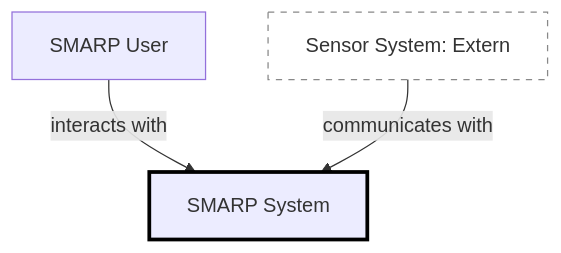
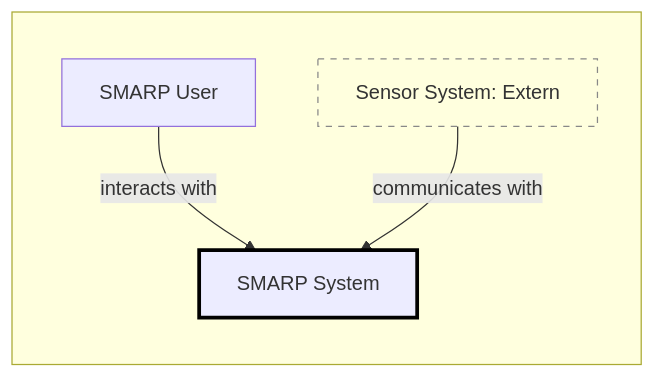
The diagram in docs/charts/C4_Level_1_Context.md (teko-smart-parking/smart-parking), drawn with Mermaid before and after one commit.

Commit message:
Update C4_Level_1_Context.md
V3

````diff
--- a/docs/charts/C4_Level_1_Context.md
+++ b/docs/charts/C4_Level_1_Context.md
@@ -8,9 +8,13 @@
 ```mermaid
 graph TD
-    A[SMARP System]:::thickBorder
-    B[SMARP User] -->|interacts with| A
-    C[Sensor System: Extern]:::external -->|communicates with| A
+    subgraph DiagramBorder[ ]
+        direction TB
+        A[SMARP System]:::thickBorder
+        B[SMARP User] -->|interacts with| A
+        C[Sensor System: Extern]:::external -->|communicates with| A
+    end
 
     classDef thickBorder stroke-width:3px,stroke:#000;
     classDef external stroke-dasharray: 5 5, fill:none, stroke:#888;
+
 ```
````
